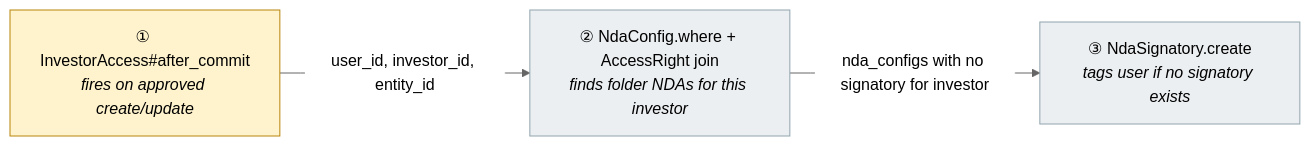
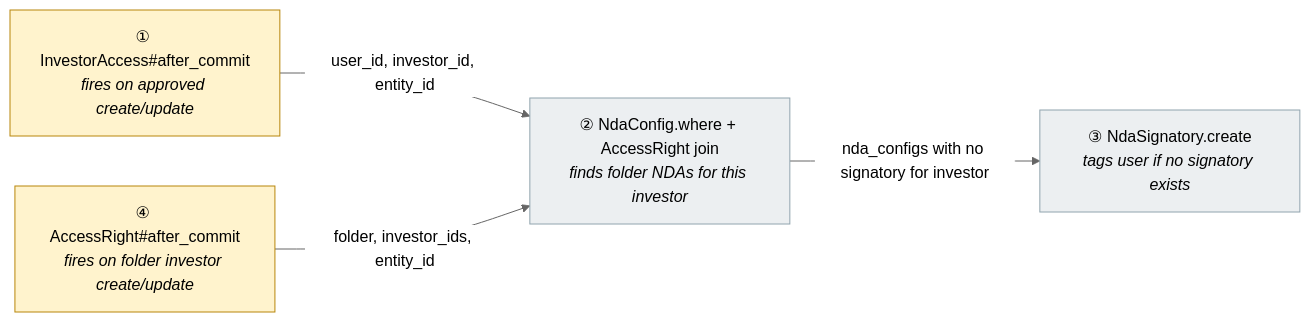
Before and after one commit to sampadadiwan/IRM_CompanyMain: the second of 6 diagrams in openspec/changes/fix-nda-signatory-auto-tag-new-investors/design.md, drawn with Mermaid (neutral theme). The commit also changed other lines of this file and 6 other files, not shown here.

First line of the commit message:
fix: Auto-tag NDA signatory on folder AccessRight grant

````diff
--- a/openspec/changes/fix-nda-signatory-auto-tag-new-investors/design.md
+++ b/openspec/changes/fix-nda-signatory-auto-tag-new-investors/design.md
@@ -79,13 +82,16 @@
 ```mermaid
 flowchart LR
     classDef mod fill:#fff3cd,stroke:#b8860b,color:#000
     classDef reuse fill:#eceff1,stroke:#90a4ae,color:#000
     T["① InvestorAccess#after_commit<br/><i>fires on approved create/update</i>"]:::mod
+    T2["④ AccessRight#after_commit<br/><i>fires on folder investor create/update</i>"]:::mod
     L["② NdaConfig.where + AccessRight join<br/><i>finds folder NDAs for this investor</i>"]:::reuse
     S["③ NdaSignatory.create<br/><i>tags user if no signatory exists</i>"]:::reuse
     T -- "user_id, investor_id, entity_id" --> L
+    T2 -- "folder, investor_ids, entity_id" --> L
     L -- "nda_configs with no signatory for investor" --> S
     click T "#①-trigger"
+    click T2 "#④-accessright-trigger"
     click L "#②-folder-nda-lookup"
     click S "#③-signatory-check--create"
 ```
````
